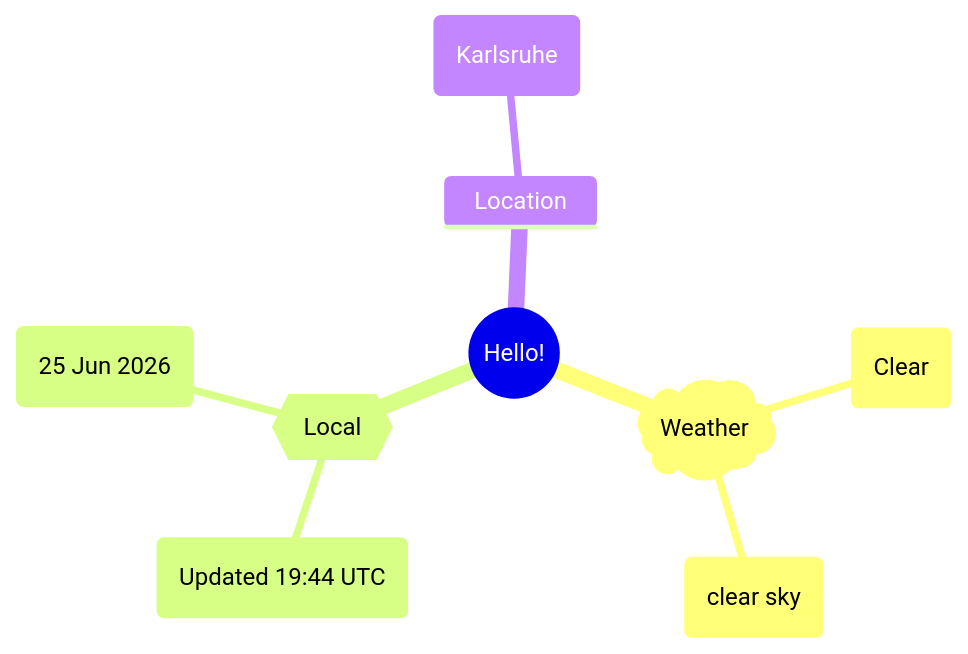
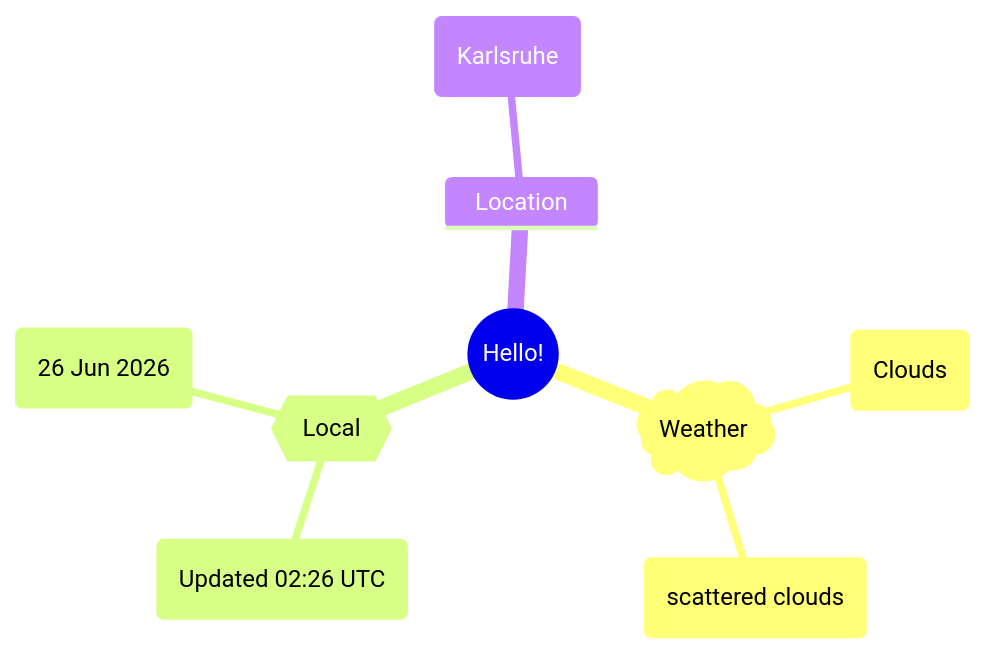
One commit to Xosrov/Xosrov changed the first of 2 diagrams in README.md. Above: the diagram before and after it, drawn with Mermaid.

Commit message:
[bot] updated images

````diff
--- a/README.md
+++ b/README.md
@@ -3,12 +3,12 @@
 ```mermaid
 mindmap
   root((Hello!))
     )Weather(
-        (Clear)
-        (clear sky)
+        (Clouds)
+        (scattered clouds)
     {{Local}}
-        (Updated 19:44 UTC)
-        (25 Jun 2026)
+        (Updated 02:26 UTC)
+        (26 Jun 2026)
     Location
         (Karlsruhe)
 ```
````
